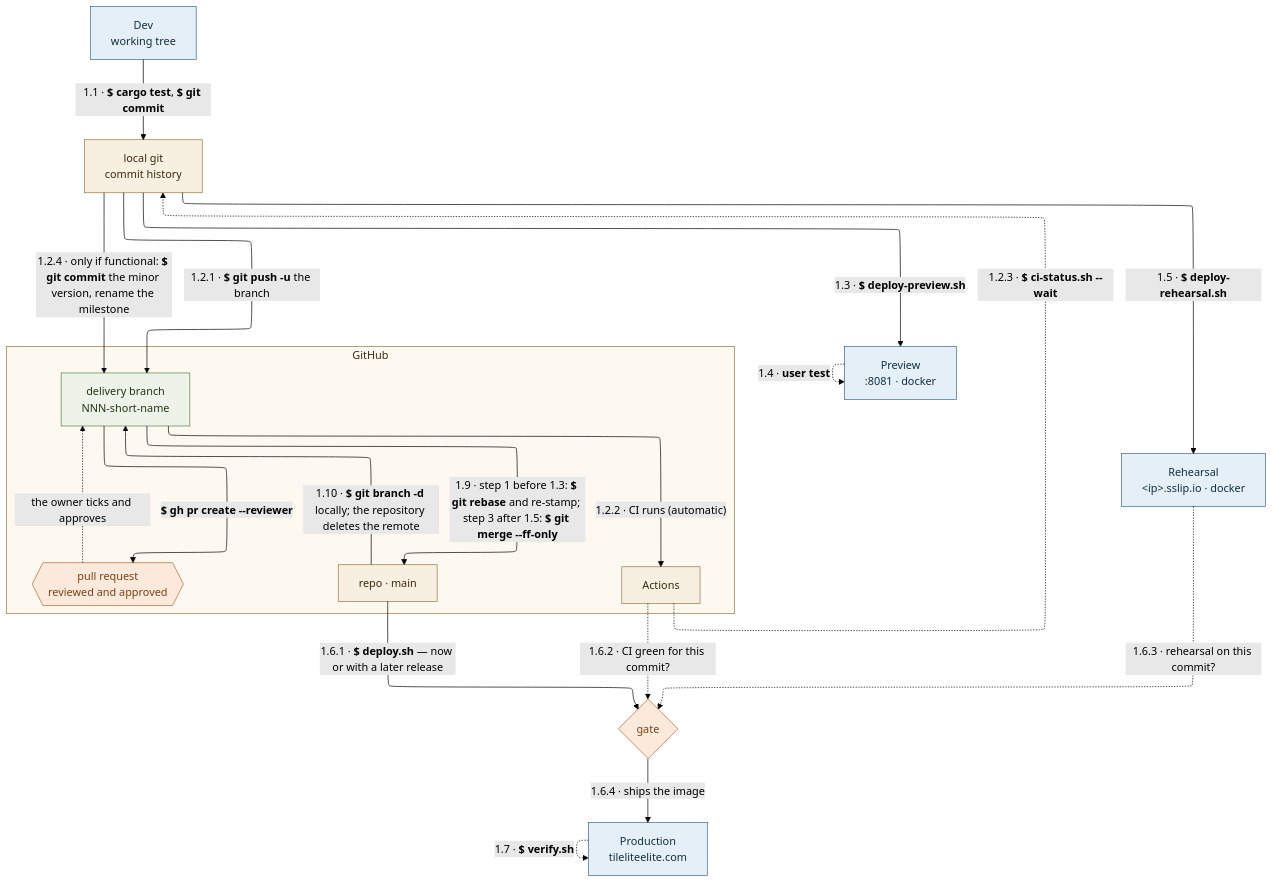
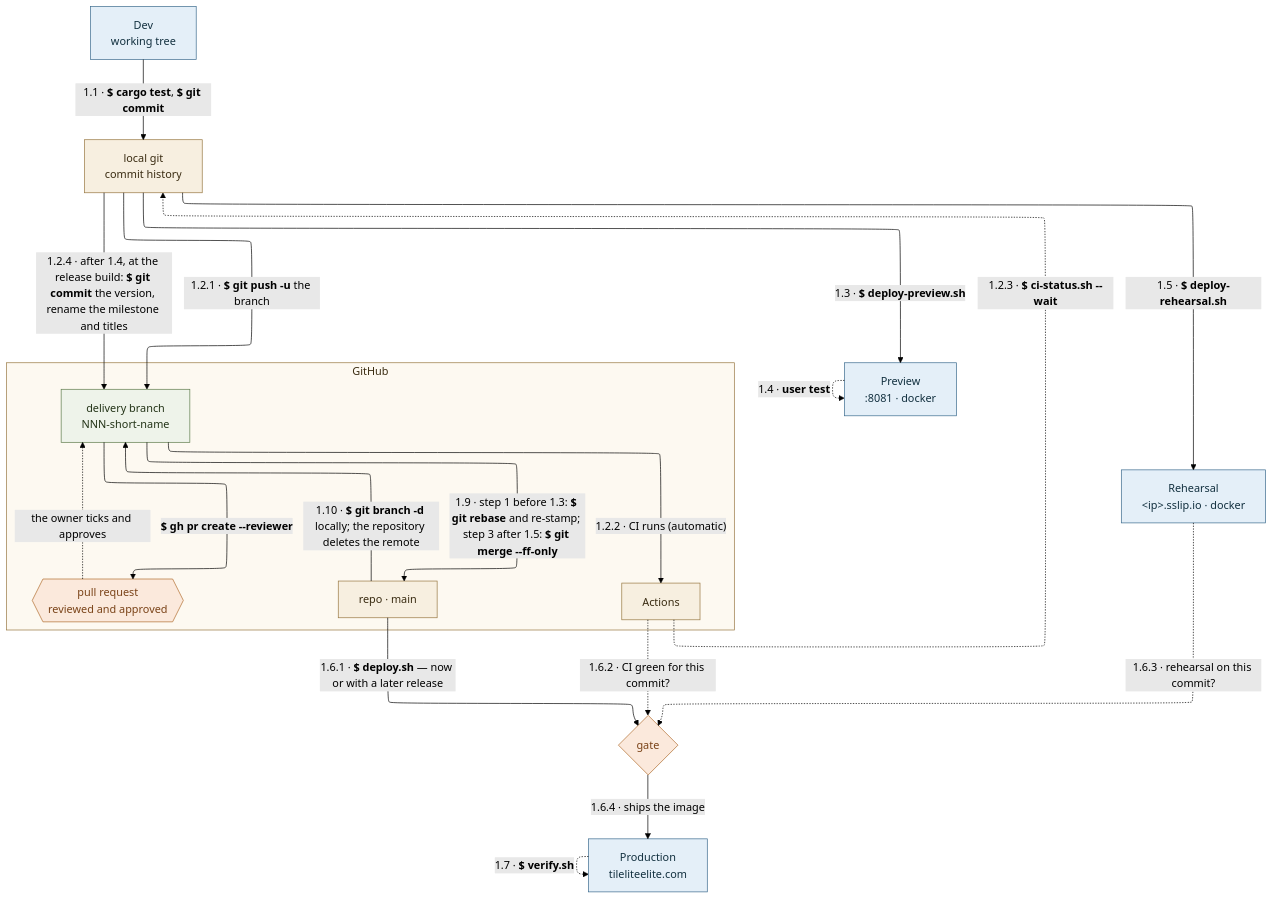
One commit to delphside/tile-lite-elite changed the diagram in docs/diagrams/flavour-c-single-delivery-release.mmd. Above: the diagram before and after it, drawn with Mermaid (forest theme). The commit also changed 8 other files, not shown here.

First line of the commit message:
app 0.10.3 api 2.16: set the version at the release build, renames included

```diff
--- a/docs/diagrams/flavour-c-single-delivery-release.mmd
+++ b/docs/diagrams/flavour-c-single-delivery-release.mmd
@@ -1,79 +1,79 @@
 ---
 config:
   layout: elk
   elk:
     nodePlacementStrategy: BRANDES_KOEPF
 ---
 flowchart TB
     %% Flavour C — a release carrying one delivery. docs/4.3.3, the shapes
-    %% table: 1.1, 1.2, 1.2.4 if functional, 1.9 step 1, 1.3, 1.4, 1.5,
+    %% table: 1.1, 1.2, 1.9 step 1, 1.3, 1.4, 1.2.4, 1.5,
     %% 1.9 step 3, then 1.6, 1.7, 1.10.
     %% .
     %% Arrow numbers are docs/4.3.3 part 1 section numbers. 1.9 is one arrow
     %% drawn once, but its steps fall either side of 1.3 to 1.5: step 1
     %% (rebase and re-stamp) comes before them and step 3 (fast-forward)
     %% after. That is the point of the flavour: the release is proved on the
     %% branch, then main takes it by fast-forward, and production deploys
     %% main.
     %% .
-    %% 1.2.4 runs only when a package in the release is functional. It is a
-    %% commit on the branch and a rename of the milestone on GitHub, so it is
-    %% drawn as one arrow from local git to the branch.
+    %% 1.2.4 runs for every release, at the release build, after 1.4. It is
+    %% a commit on the branch and renames on GitHub, so it is drawn as one
+    %% arrow from local git to the branch.
     %% .
     %% Why that order: main is what gets deployed, so an unproven release
     %% commit on main blocks every other release until it is proven or
     %% removed. the programme's docs/1.2 section 2.2.
     %% .
     %% Since D55 (#388), 1.6 need not follow 1.9 immediately. main is the
     %% accumulating next release, so it may already carry other proven
     %% deliveries and one deploy ships them together. Nothing in the order
     %% below changes -- what changes is that the dashed wait between 1.9 and
     %% 1.6 may be days, and this is the default flavour rather than D.
     %% .
     %% Preview does not feed the gate, and this is deliberate rather than an
     %% omission — but there IS a preview gate, counted by note_gate preview
     %% in deploy.sh. What preview cannot answer is whether somebody looked
     %% and was happy; what it does answer is whether the bits stood up.
     %% .
     %% 1.5 and 1.6 start at local git rather than Dev on purpose: both
     %% scripts check the commit out into a throwaway worktree and build
     %% that, so the working tree cannot reach either environment.
     DEV["Dev<br/>working tree"]
     LG["local git<br/>commit history"]
     subgraph GH["GitHub"]
         BR["delivery branch<br/>NNN-short-name"]
         PR{{"pull request<br/>reviewed and approved"}}
         MAIN["repo · main"]
         ACT["Actions"]
     end
     STG["Preview<br/>:8081 · docker"]
     REH["Rehearsal<br/>&lt;ip&gt;.sslip.io · docker"]
     PROD["Production<br/>tileliteelite.com"]
 
     DEV -->|"`1.1 · **$ cargo test**, **$ git commit**`"| LG
     LG -->|"`1.2.1 · **$ git push -u** the branch`"| BR
-    LG -->|"`1.2.4 · only if functional: **$ git commit** the minor version, rename the milestone`"| BR
+    LG -->|"`1.2.4 · after 1.4, at the release build: **$ git commit** the version, rename the milestone and titles`"| BR
     BR -->|"1.2.2 · CI runs (automatic)"| ACT
     ACT -.->|"`1.2.3 · **$ ci-status.sh --wait**`"| LG
     BR -->|"`**$ gh pr create --reviewer**`"| PR
     PR -.->|"the owner ticks and approves"| BR
     LG -->|"`1.3 · **$ deploy-preview.sh**`"| STG
     STG -.->|"`1.4 · **user test**`"| STG
     LG -->|"`1.5 · **$ deploy-rehearsal.sh**`"| REH
     BR -->|"`1.9 · step 1 before 1.3: **$ git rebase** and re-stamp; step 3 after 1.5: **$ git merge --ff-only**`"| MAIN
     MAIN -->|"`1.6.1 · **$ deploy.sh** — now or with a later release`"| GATE{"gate"}
     ACT -.->|"1.6.2 · CI green for this commit?"| GATE
     REH -.->|"1.6.3 · rehearsal on this commit?"| GATE
     GATE -->|"1.6.4 · ships the image"| PROD
     PROD -.->|"`1.7 · **$ verify.sh**`"| PROD
     MAIN -->|"`1.10 · **$ git branch -d** locally; the repository deletes the remote`"| BR
 
     classDef gate fill:#fbe9dc,stroke:#b06a2c,color:#7a4318
     classDef env fill:#e4eff8,stroke:#39698c,color:#12303f
     classDef repo fill:#f7efe0,stroke:#96763f,color:#3a2c12
     classDef branch fill:#eef3ea,stroke:#5c7a4a,color:#243418
     class DEV,STG,REH,PROD env
     class LG,MAIN,ACT repo
     class BR branch
     class PR,GATE gate
     style GH fill:#fdf9f1,stroke:#96763f,color:#3a2c12
```
